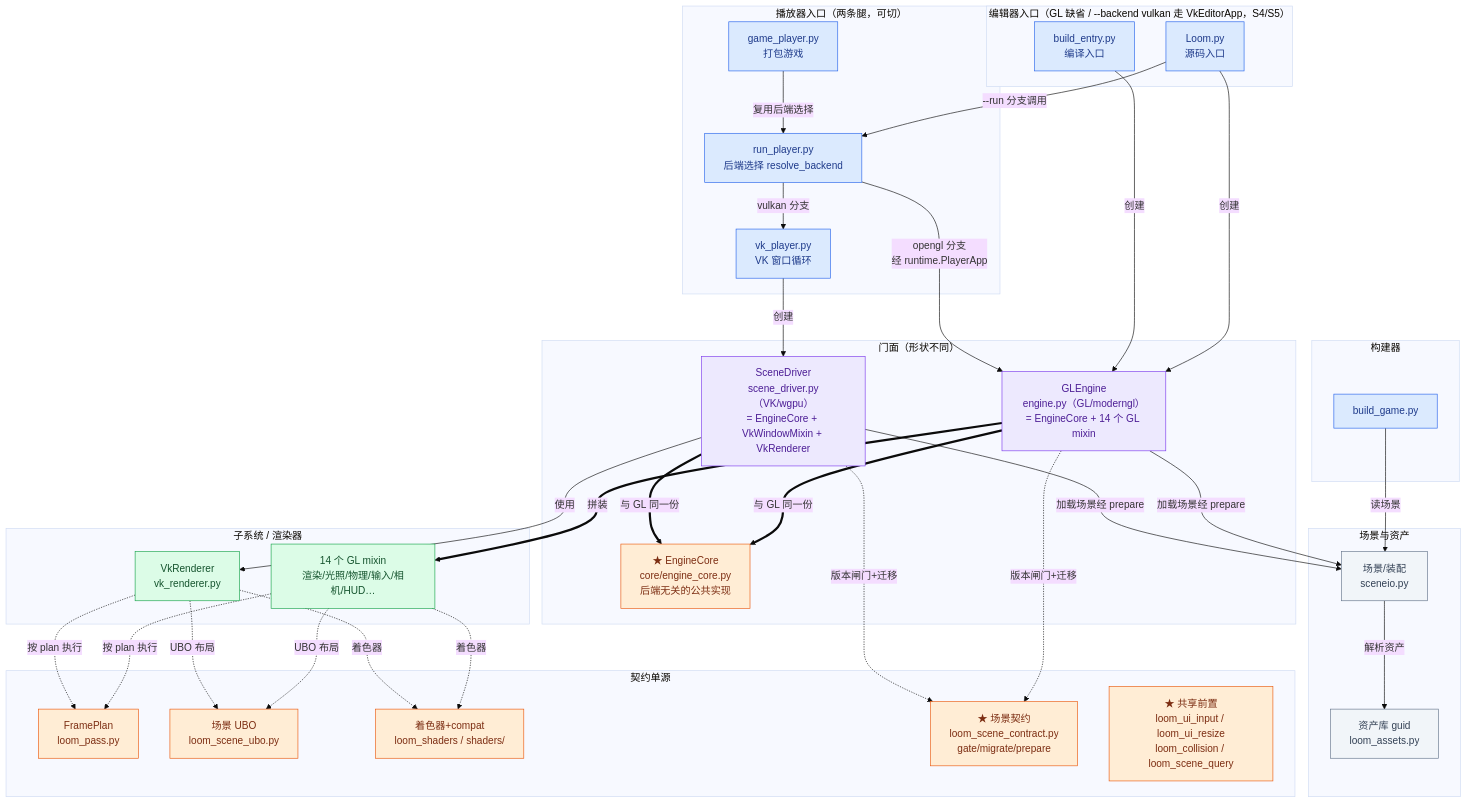
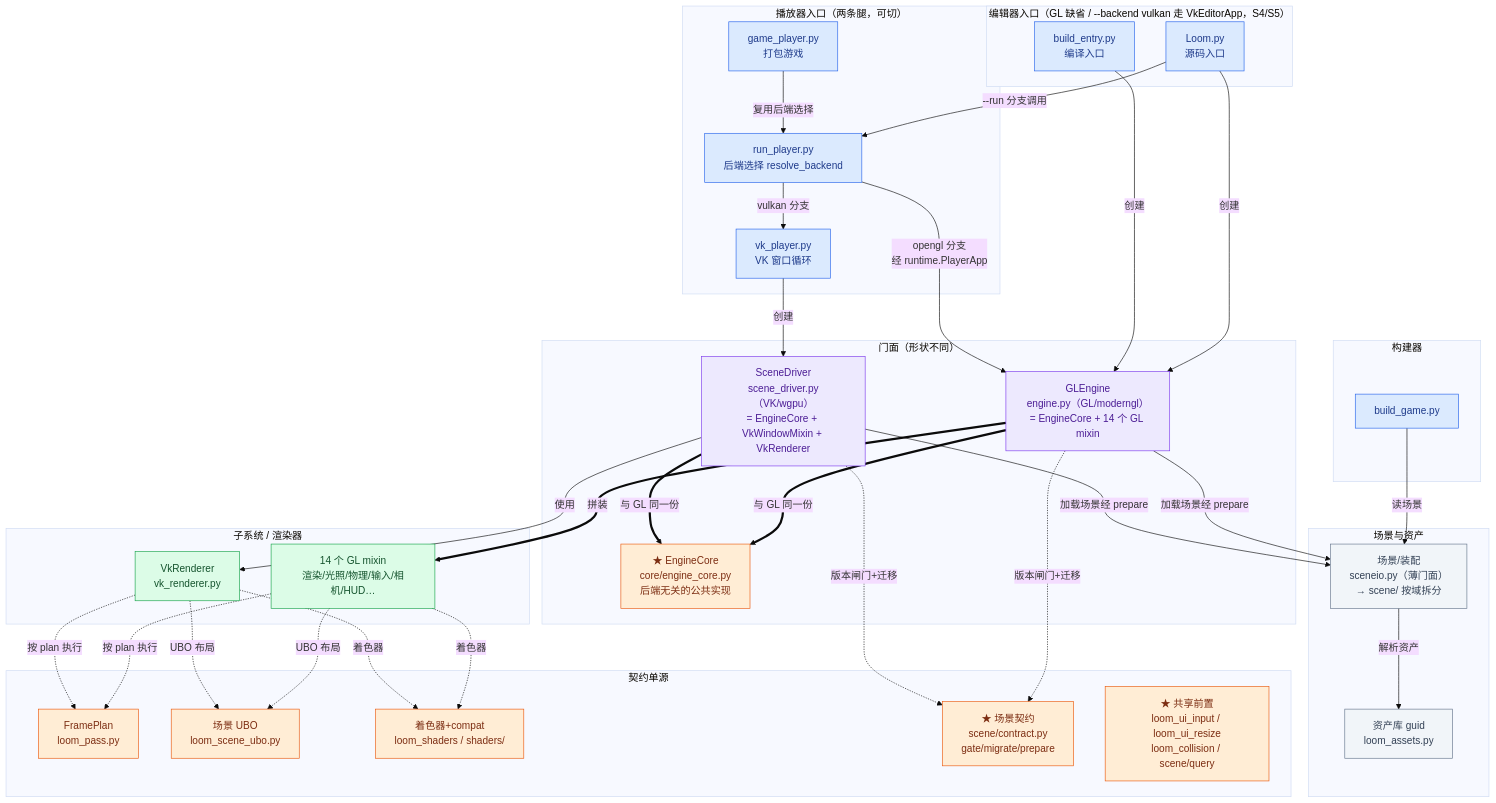
The first of 23 diagrams in ARCHITECTURE.md (lhy302/WeaveEngine), drawn with Mermaid (base theme) before and after one commit. The commit also changed other lines of this file and 39 other files, not shown here.

````diff
--- a/ARCHITECTURE.md
+++ b/ARCHITECTURE.md
@@ -74,63 +74,63 @@
 ```mermaid
 flowchart TB
   subgraph EDENT["编辑器入口（GL 缺省 / --backend vulkan 走 VkEditorApp，S4/S5）"]
     A1["Loom.py<br/>源码入口"]:::entry
     A2["build_entry.py<br/>编译入口"]:::entry
   end
   subgraph PLENT["播放器入口（两条腿，可切）"]
     A3["run_player.py<br/>后端选择 resolve_backend"]:::entry
     A4["game_player.py<br/>打包游戏"]:::entry
     A5["vk_player.py<br/>VK 窗口循环"]:::entry
   end
   subgraph TOOL["构建器"]
     A6["build_game.py"]:::entry
   end
   subgraph FACADE["门面（形状不同）"]
     B1["GLEngine<br/>engine.py（GL/moderngl）<br/>= EngineCore + 14 个 GL mixin"]:::facade
     B2["SceneDriver<br/>scene_driver.py（VK/wgpu）<br/>= EngineCore + VkWindowMixin + VkRenderer"]:::facade
     B0["★ EngineCore<br/>core/engine_core.py<br/>后端无关的公共实现"]:::contract
   end
   subgraph IMPL["子系统 / 渲染器"]
     C1["14 个 GL mixin<br/>渲染/光照/物理/输入/相机/HUD…"]:::impl
     C2["VkRenderer<br/>vk_renderer.py"]:::impl
   end
   subgraph CONTRACT["契约单源"]
     D1["FramePlan<br/>loom_pass.py"]:::contract
     D2["场景 UBO<br/>loom_scene_ubo.py"]:::contract
     D3["着色器+compat<br/>loom_shaders / shaders/"]:::contract
-    D4["★ 场景契约<br/>loom_scene_contract.py<br/>gate/migrate/prepare"]:::contract
-    D5["★ 共享前置<br/>loom_ui_input / loom_ui_resize<br/>loom_collision / loom_scene_query"]:::contract
+    D4["★ 场景契约<br/>scene/contract.py<br/>gate/migrate/prepare"]:::contract
+    D5["★ 共享前置<br/>loom_ui_input / loom_ui_resize<br/>loom_collision / scene/query"]:::contract
   end
   subgraph DATA["场景与资产"]
-    E1["场景/装配<br/>sceneio.py"]:::file
+    E1["场景/装配<br/>sceneio.py（薄门面）<br/>→ scene/ 按域拆分"]:::file
     E2["资产库 guid<br/>loom_assets.py"]:::file
   end
   A1 -->|创建| B1
   A2 -->|创建| B1
   A1 -->|--run 分支调用| A3
   A4 -->|复用后端选择| A3
   A3 -->|opengl 分支<br/>经 runtime.PlayerApp| B1
   A3 -->|vulkan 分支| A5
   A5 -->|创建| B2
   A6 -->|读场景| E1
   B1 ==>|拼装| C1
   B2 -->|使用| C2
   B1 ==>|与 GL 同一份| B0
   B2 ==>|与 GL 同一份| B0
   B1 -->|加载场景经 prepare| E1
   B2 -->|加载场景经 prepare| E1
   B1 -.->|版本闸门+迁移| D4
   B2 -.->|版本闸门+迁移| D4
   C1 -.->|按 plan 执行| D1
   C2 -.->|按 plan 执行| D1
   C1 -.->|UBO 布局| D2
   C2 -.->|UBO 布局| D2
   C1 -.->|着色器| D3
   C2 -.->|着色器| D3
   E1 -->|解析资产| E2
   classDef entry fill:#dbeafe,stroke:#2563eb,color:#1e3a8a
   classDef facade fill:#ede9fe,stroke:#7c3aed,color:#4c1d95
   classDef impl fill:#dcfce7,stroke:#16a34a,color:#14532d
   classDef contract fill:#ffedd5,stroke:#ea580c,color:#7c2d12
   classDef file fill:#f1f5f9,stroke:#64748b,color:#334155
 ```
````
